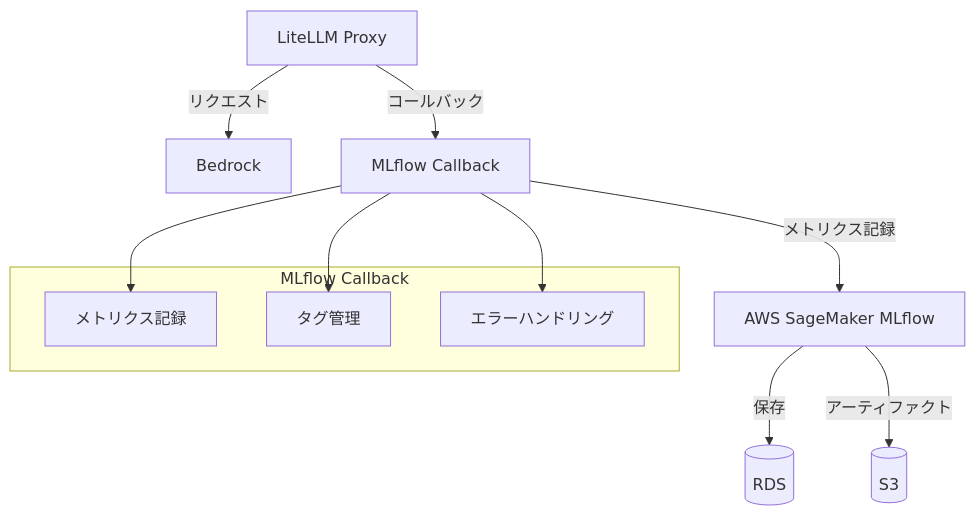
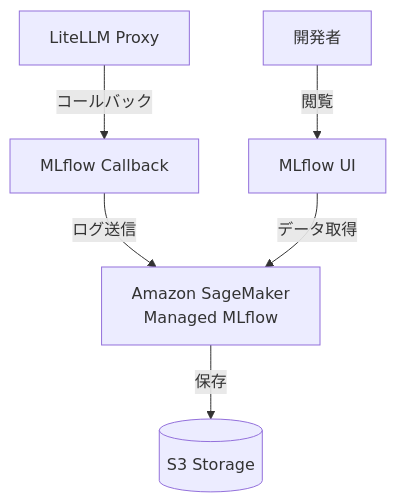
Before and after one commit to littlemex/aws-samples: the first of 4 diagrams in workshops/ai-coding-workshop/cline/5.mlflow/README.md, drawn with Mermaid. The commit also changed other lines of this file and 1 other file, not shown here.

````diff
--- a/workshops/ai-coding-workshop/cline/5.mlflow/README.md
+++ b/workshops/ai-coding-workshop/cline/5.mlflow/README.md
@@ -6,18 +22,8 @@
 ```mermaid
 graph TB
-    A[LiteLLM Proxy] -->|リクエスト| B[Bedrock]
-    A -->|コールバック| C[MLflow Callback]
-    C -->|メトリクス記録| D[AWS SageMaker MLflow]
-    D -->|保存| E[(RDS)]
-    D -->|アーティファクト| F[(S3)]
-    
-    subgraph MLflow Callback
-        G[メトリクス記録]
-        H[タグ管理]
-        I[エラーハンドリング]
-    end
-    
-    C --> G
-    C --> H
-    C --> I
+    A[LiteLLM Proxy] -->|コールバック| B[MLflow Callback]
+    B -->|ログ送信| C[Amazon SageMaker<br>Managed MLflow]
+    C -->|保存| D[(S3 Storage)]
+    E[開発者] -->|閲覧| F[MLflow UI]
+    F -->|データ取得| C
 ```
````
